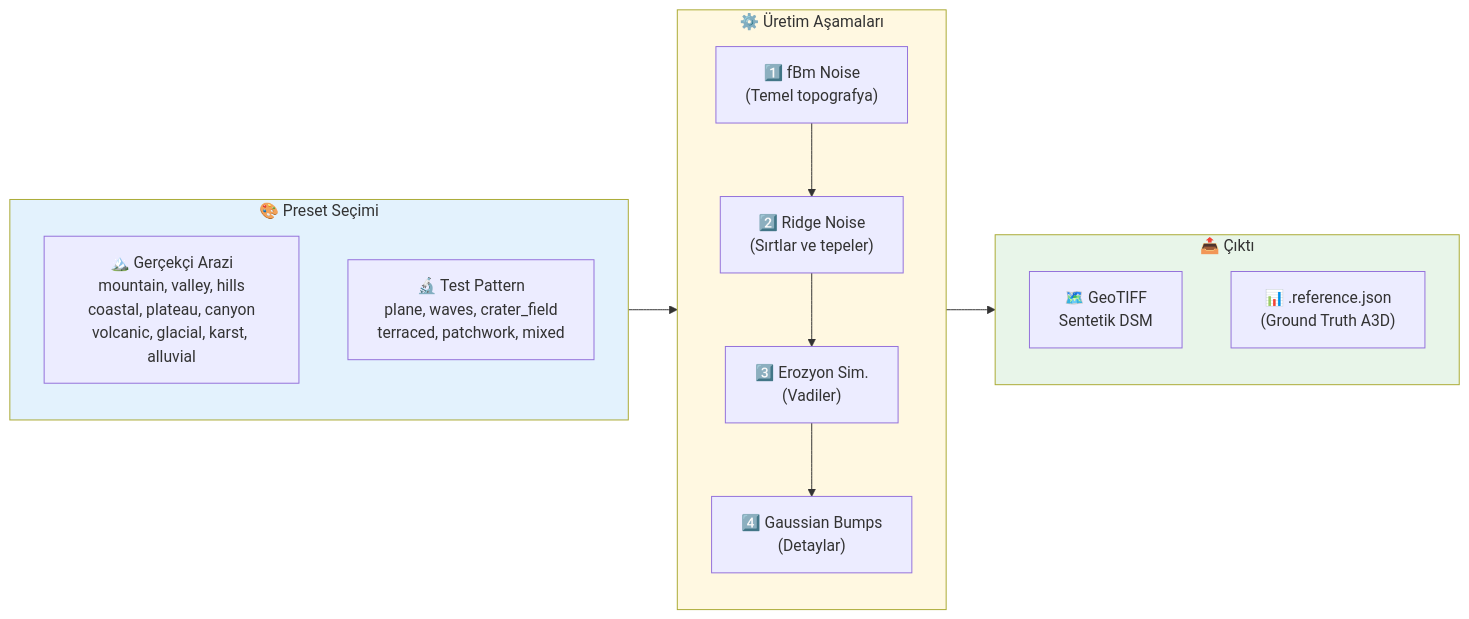
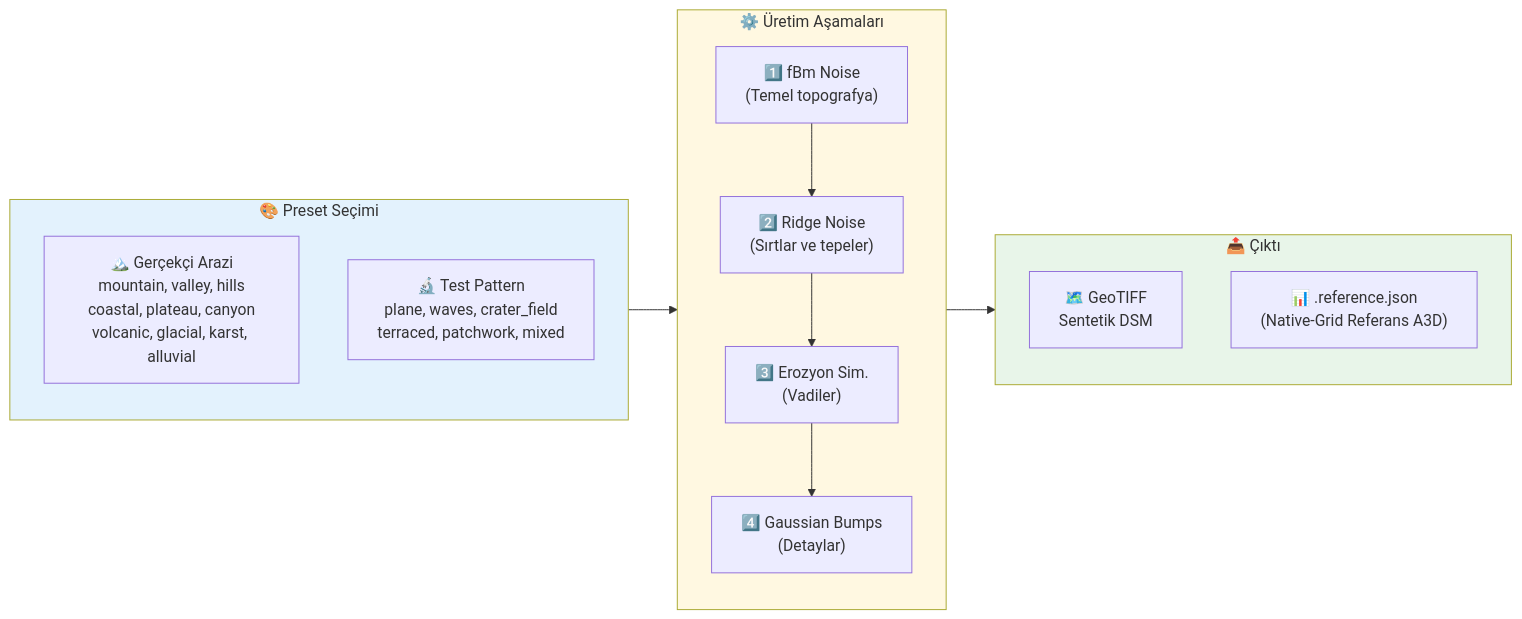
Before and after one commit to elestirmen/yuzey_alani_hesaplama: the second of 2 diagrams in README.md, drawn with Mermaid. The commit also changed other lines of this file and 4 other files, not shown here.

````diff
--- a/README.md
+++ b/README.md
@@ -180,29 +180,29 @@
 ```mermaid
 flowchart LR
     subgraph PRESETS["🎨 Preset Seçimi"]
         direction TB
         REAL["🏔️ Gerçekçi Arazi<br/>mountain, valley, hills<br/>coastal, plateau, canyon<br/>volcanic, glacial, karst, alluvial"]
         TEST["🔬 Test Pattern<br/>plane, waves, crater_field<br/>terraced, patchwork, mixed"]
     end
 
     subgraph GENERATION["⚙️ Üretim Aşamaları"]
         direction TB
         FBM["1️⃣ fBm Noise<br/>(Temel topografya)"]
         RIDGE["2️⃣ Ridge Noise<br/>(Sırtlar ve tepeler)"]
         EROSION["3️⃣ Erozyon Sim.<br/>(Vadiler)"]
         BUMPS["4️⃣ Gaussian Bumps<br/>(Detaylar)"]
     end
 
     subgraph OUTPUTS["📤 Çıktı"]
         TIFF["🗺️ GeoTIFF<br/>Sentetik DSM"]
-        REF["📊 .reference.json<br/>(Ground Truth A3D)"]
+        REF["📊 .reference.json<br/>(Native-Grid Referans A3D)"]
     end
 
     PRESETS --> GENERATION
     FBM --> RIDGE --> EROSION --> BUMPS
     GENERATION --> OUTPUTS
 
     style PRESETS fill:#e3f2fd
     style GENERATION fill:#fff8e1
     style OUTPUTS fill:#e8f5e9
 ```
````
